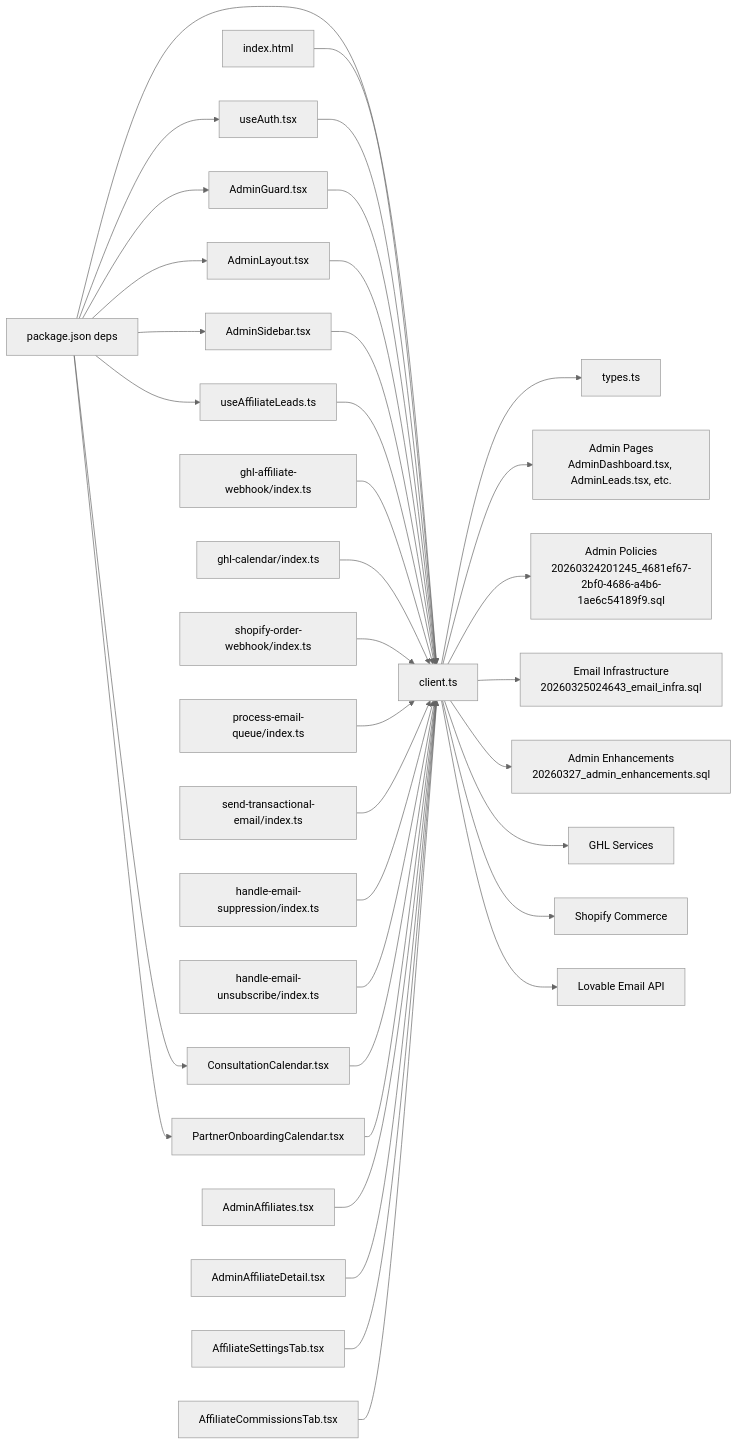
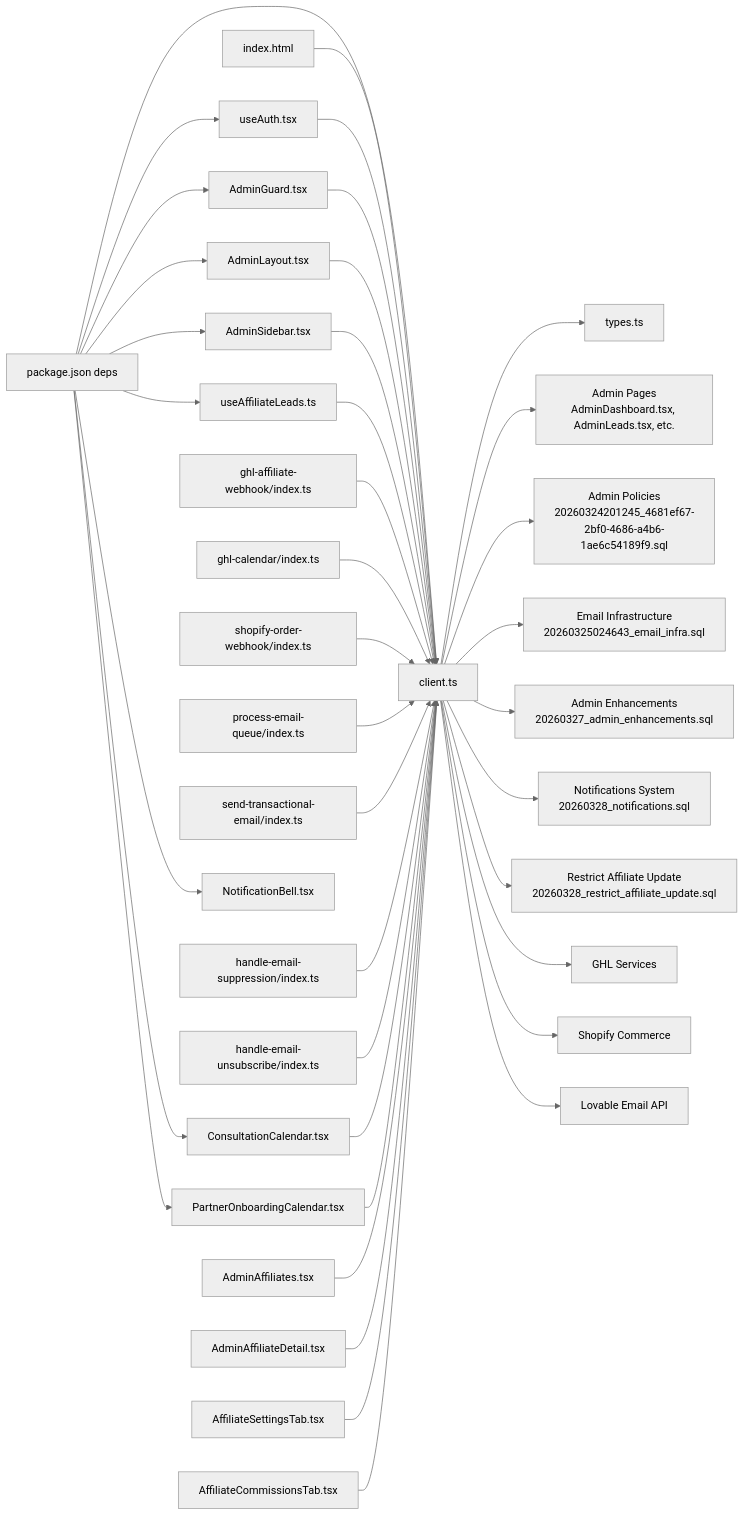
Diagram 15 of 15 in .qoder/repowiki/en/content/Data Layer & Supabase Integration.md (Hawky1/ryland), drawn with Mermaid (neutral theme) before and after one commit. The commit also changed other lines of this file and 87 other files, not shown here.

````diff
--- a/.qoder/repowiki/en/content/Data Layer & Supabase Integration.md
+++ b/.qoder/repowiki/en/content/Data Layer & Supabase Integration.md
@@ -1165,67 +1368,73 @@
 ```mermaid
 graph LR
 Package["package.json deps"]
 Client["client.ts"]
 Types["types.ts"]
 Auth["useAuth.tsx"]
 AdminGuard["AdminGuard.tsx"]
 AdminLayout["AdminLayout.tsx"]
 AdminSidebar["AdminSidebar.tsx"]
 Leads["useAffiliateLeads.ts"]
 Func["ghl-affiliate-webhook/index.ts"]
 CalFunc["ghl-calendar/index.ts"]
 ShopifyWebhook["shopify-order-webhook/index.ts"]
 EmailProc["process-email-queue/index.ts"]
 EmailSend["send-transactional-email/index.ts"]
 SuppressHandler["handle-email-suppression/index.ts"]
 UnsubscribeHandler["handle-email-unsubscribe/index.ts"]
+NotificationBell["NotificationBell.tsx"]
 ConsultCal["ConsultationCalendar.tsx"]
 PartnerCal["PartnerOnboardingCalendar.tsx"]
 AdminAffiliates["AdminAffiliates.tsx"]
 AdminDetail["AdminAffiliateDetail.tsx"]
 SettingsTab["AffiliateSettingsTab.tsx"]
 CommissionsTab["AffiliateCommissionsTab.tsx"]
 HTML["index.html"]
 GHL["GHL Services"]
 Shopify["Shopify Commerce"]
 Lovable["Lovable Email API"]
 AdminPages["Admin Pages<br/>AdminDashboard.tsx, AdminLeads.tsx, etc."]
 AdminMig["Admin Policies<br/>20260324201245_4681ef67-2bf0-4686-a4b6-1ae6c54189f9.sql"]
 EmailMig["Email Infrastructure<br/>20260325024643_email_infra.sql"]
 AdminEnhMig["Admin Enhancements<br/>20260327_admin_enhancements.sql"]
+NotifMig["Notifications System<br/>20260328_notifications.sql"]
+AffUpdateMig["Restrict Affiliate Update<br/>20260328_restrict_affiliate_update.sql"]
 Package --> Client
 Package --> Auth
 Package --> AdminGuard
 Package --> AdminLayout
 Package --> AdminSidebar
 Package --> Leads
 Package --> ConsultCal
 Package --> PartnerCal
+Package --> NotificationBell
 HTML --> Client
 Client --> Types
 Auth --> Client
 AdminGuard --> Client
 AdminLayout --> Client
 AdminSidebar --> Client
 Leads --> Client
 Func --> Client
 CalFunc --> Client
 ShopifyWebhook --> Client
 EmailProc --> Client
 EmailSend --> Client
 SuppressHandler --> Client
 UnsubscribeHandler --> Client
 ConsultCal --> Client
 PartnerCal --> Client
 AdminAffiliates --> Client
 AdminDetail --> Client
 SettingsTab --> Client
 CommissionsTab --> Client
 Client --> AdminPages
 Client --> AdminMig
 Client --> EmailMig
 Client --> AdminEnhMig
+Client --> NotifMig
+Client --> AffUpdateMig
 Client --> GHL
 Client --> Shopify
 Client --> Lovable
 ```
````
